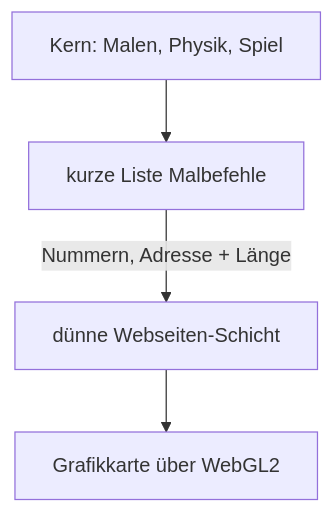
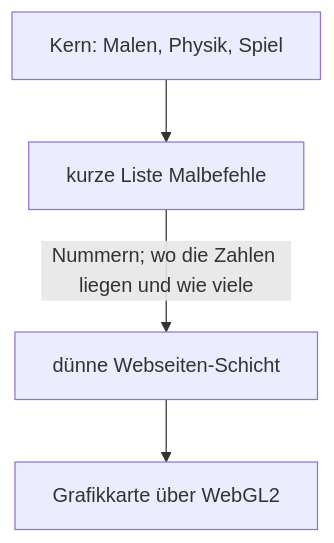
The fourth of 4 diagrams in kern/docs/buch-gruen/B-grundlagen-rendering.md (ChristianHohlfeld/kernengine.de), drawn with Mermaid before and after one commit. The commit also changed other lines of this file and 9 other files, not shown here.

````diff
--- a/kern/docs/buch-gruen/B-grundlagen-rendering.md
+++ b/kern/docs/buch-gruen/B-grundlagen-rendering.md
@@ -571,6 +593,7 @@
 ```mermaid
+%% Bildunterschrift: Kern reicht seine Malwünsche als Zahlen-Zettel an die Webseite durch
 flowchart TB
   R["Kern: Malen, Physik, Spiel"] --> G["kurze Liste Malbefehle"]
-  G -->|"Nummern, Adresse + Länge"| K["dünne Webseiten-Schicht"]
+  G -->|"Nummern; wo die Zahlen liegen und wie viele"| K["dünne Webseiten-Schicht"]
   K --> W["Grafikkarte über WebGL2"]
 ```
````
